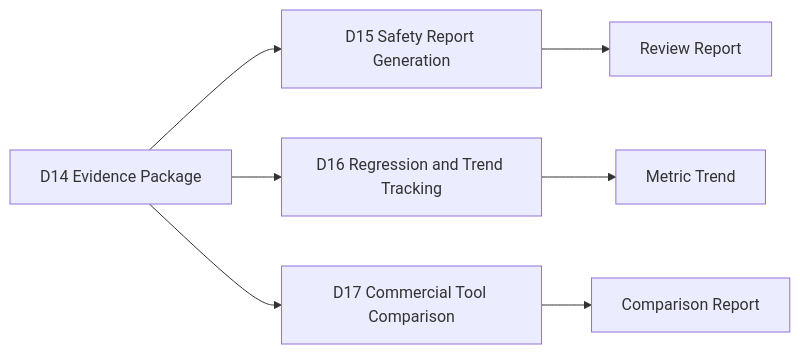
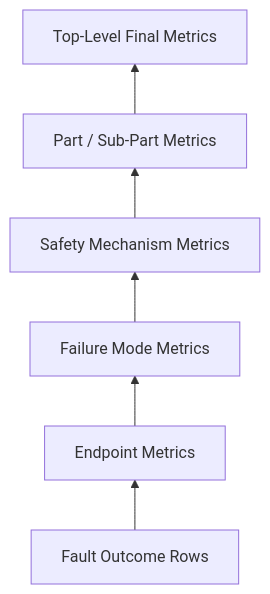
The seventh of 8 diagrams in articles/14_automotive_safeic_practice_d14_github_en_safety_evidence_package.md (qiqixixi1001/automotive-safeic-practice), drawn with Mermaid before and after one commit. The commit also changed other lines of this file, not shown here.

````diff
--- a/articles/14_automotive_safeic_practice_d14_github_en_safety_evidence_package.md
+++ b/articles/14_automotive_safeic_practice_d14_github_en_safety_evidence_package.md
@@ -1213,9 +666,8 @@
 ```mermaid
-flowchart LR
-    A[D14 Evidence Package] --> B[D15 Safety Report Generation]
-    A --> C[D16 Regression and Trend Tracking]
-    A --> D[D17 Commercial Tool Comparison]
-    B --> E[Review Report]
-    C --> F[Metric Trend]
-    D --> G[Comparison Report]
+flowchart BT
+    A[Fault Outcome Rows] --> B[Endpoint Metrics]
+    B --> C[Failure Mode Metrics]
+    C --> D[Safety Mechanism Metrics]
+    D --> E[Part / Sub-Part Metrics]
+    E --> F[Top-Level Final Metrics]
 ```
````
